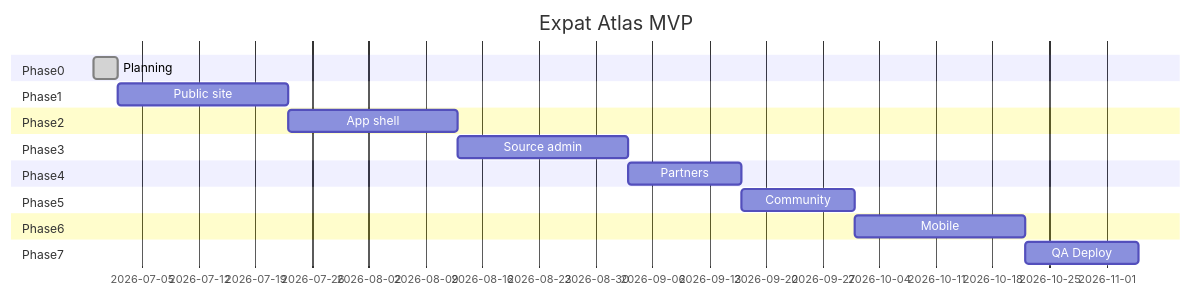
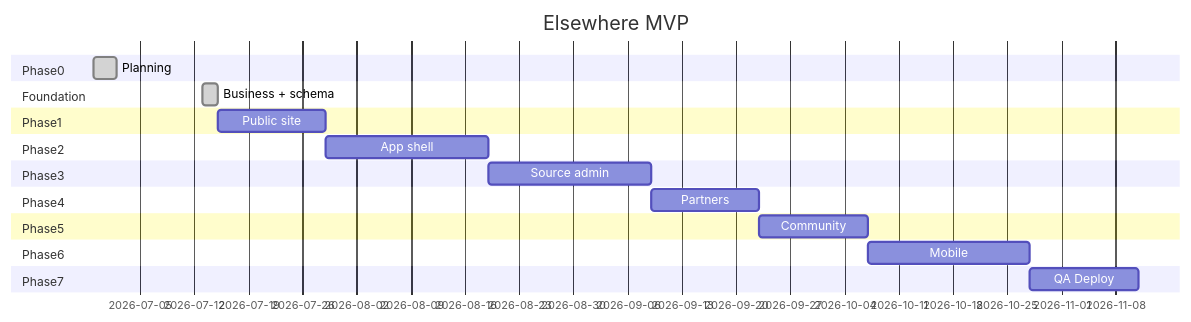
Before and after one commit to ltvaughan19/elsewhere-app: the diagram in ROADMAP.md, drawn with Mermaid. The commit also changed other lines of this file and 58 other files, not shown here.

````diff
--- a/ROADMAP.md
+++ b/ROADMAP.md
@@ -146,21 +158,23 @@
 ```mermaid
 gantt
-  title Expat Atlas MVP
+  title Elsewhere MVP
   dateFormat YYYY-MM-DD
   section Phase0
     Planning           :done, p0, 2026-06-29, 3d
+  section Foundation
+    Business + schema  :done, f0, 2026-07-13, 2d
   section Phase1
-    Public site        :p1, after p0, 21d
+    Public site        :p1, after f0, 14d
   section Phase2
     App shell          :p2, after p1, 21d
   section Phase3
     Source admin       :p3, after p2, 21d
   section Phase4
     Partners           :p4, after p3, 14d
   section Phase5
     Community          :p5, after p4, 14d
   section Phase6
     Mobile             :p6, after p5, 21d
   section Phase7
     QA Deploy          :p7, after p6, 14d
 ```
````
